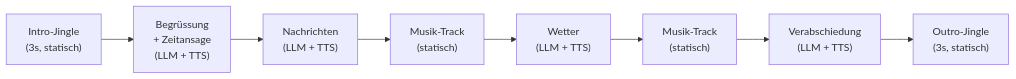
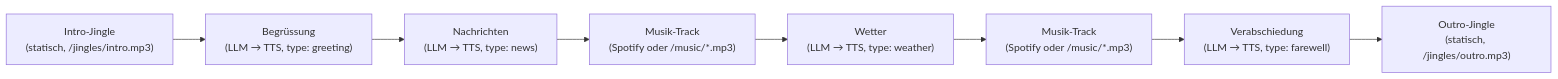
One commit to MichaelMoeckli/attune changed the fourth of 5 diagrams in techstack_architektur_radion25.md. Above: the diagram before and after it, drawn with Mermaid. The commit also changed other lines of this file and 23 other files, not shown here.

````diff
--- a/techstack_architektur_radion25.md
+++ b/techstack_architektur_radion25.md
@@ -266,11 +307,11 @@
 ```mermaid
 graph LR
-    A["Intro-Jingle<br/>(3s, statisch)"] -->
-    B["Begrüssung<br/>+ Zeitansage<br/>(LLM + TTS)"] -->
-    C["Nachrichten<br/>(LLM + TTS)"] -->
-    D["Musik-Track<br/>(statisch)"] -->
-    E["Wetter<br/>(LLM + TTS)"] -->
-    F["Musik-Track<br/>(statisch)"] -->
-    G["Verabschiedung<br/>(LLM + TTS)"] -->
-    H["Outro-Jingle<br/>(3s, statisch)"]
+    A["Intro-Jingle<br/>(statisch, /jingles/intro.mp3)"] -->
+    B["Begrüssung<br/>(LLM → TTS, type: greeting)"] -->
+    C["Nachrichten<br/>(LLM → TTS, type: news)"] -->
+    D["Musik-Track<br/>(Spotify oder /music/*.mp3)"] -->
+    E["Wetter<br/>(LLM → TTS, type: weather)"] -->
+    F["Musik-Track<br/>(Spotify oder /music/*.mp3)"] -->
+    G["Verabschiedung<br/>(LLM → TTS, type: farewell)"] -->
+    H["Outro-Jingle<br/>(statisch, /jingles/outro.mp3)"]
 ```
````
